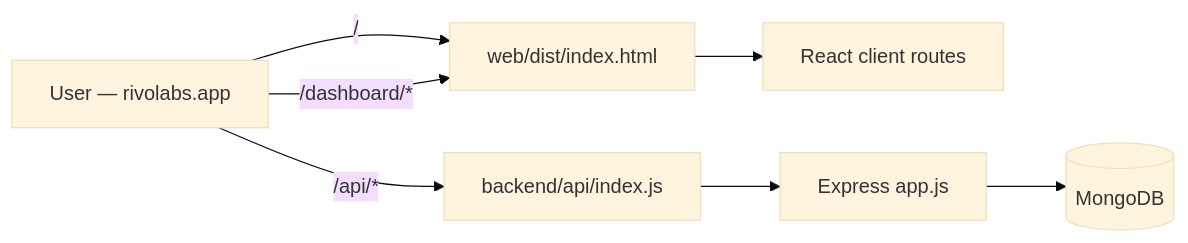
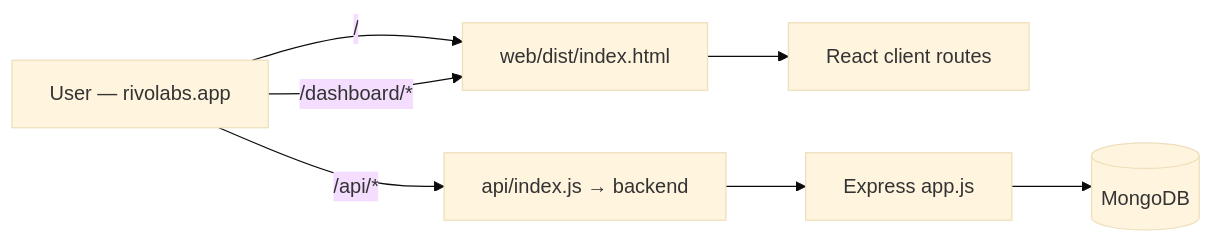
One commit to sachinacharyaa/Rivo changed the fourth of 4 diagrams in README.md. Above: the diagram before and after it, drawn with Mermaid (base theme). The commit also changed other lines of this file, not shown here.

Commit message:
docs: add architecture flow for PUSD stablecoin integration

````diff
--- a/README.md
+++ b/README.md
@@ -125,12 +154,12 @@
 ```mermaid
 flowchart LR
   User["User — rivolabs.app"]
 
   User -->|"/"| Static["web/dist/index.html"]
   User -->|"/dashboard/*"| Static
-  User -->|"/api/*"| API["backend/api/index.js"]
+  User -->|"/api/*"| API["api/index.js → backend"]
 
   Static --> SPA["React client routes"]
   API --> Express["Express app.js"]
   Express --> Mongo[(MongoDB)]
 ```
````
